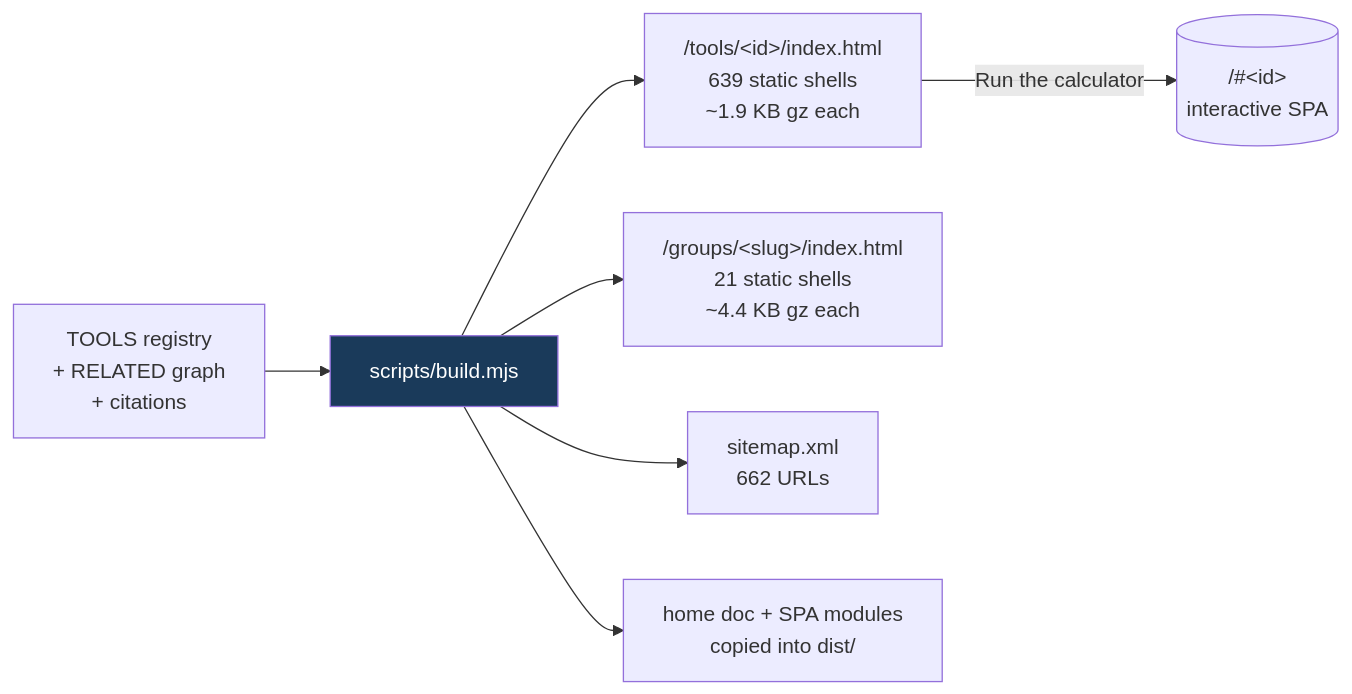
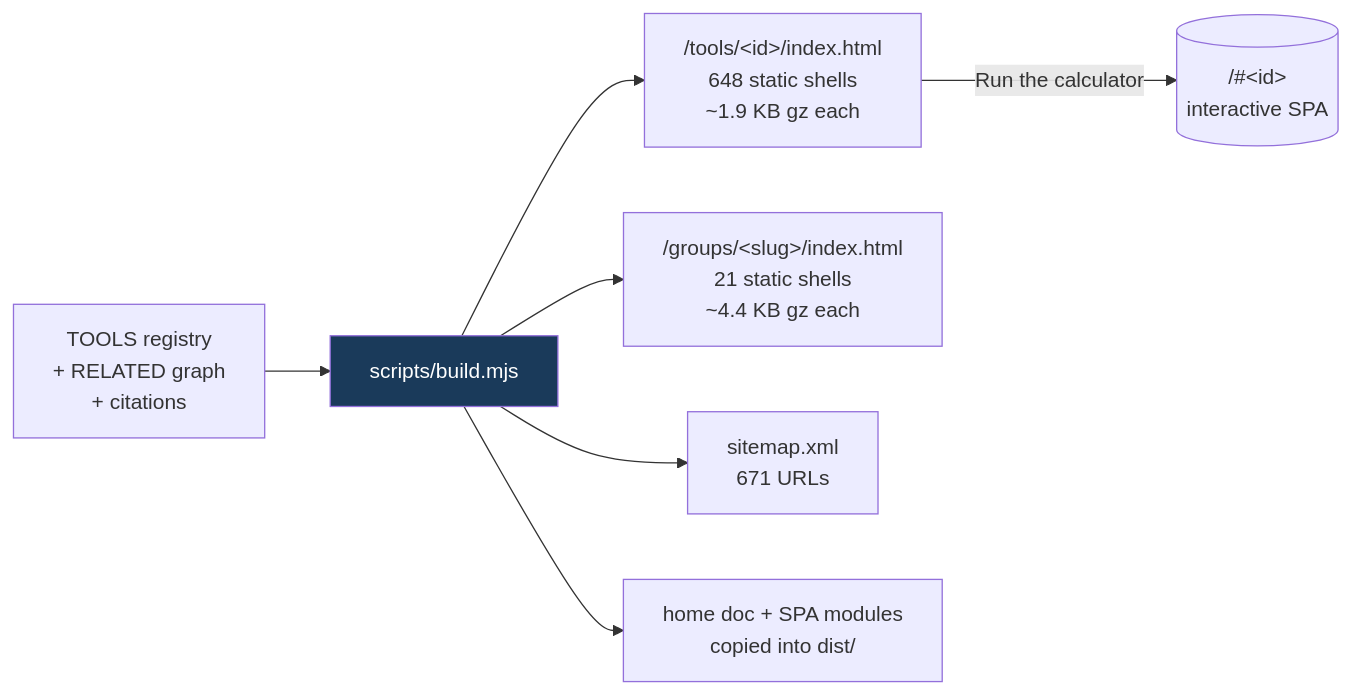
One commit to clay-good/roughlogic.com changed the fifth of 8 diagrams in README.md. Above: the diagram before and after it, drawn with Mermaid. The commit also changed other lines of this file and 29 other files, not shown here.

````diff
--- a/README.md
+++ b/README.md
@@ -450,10 +450,10 @@
 ```mermaid
 flowchart LR
     SRC[TOOLS registry\n+ RELATED graph\n+ citations] --> BUILD[scripts/build.mjs]
-    BUILD --> TILE["/tools/&lt;id&gt;/index.html\n639 static shells\n~1.9 KB gz each"]
+    BUILD --> TILE["/tools/&lt;id&gt;/index.html\n648 static shells\n~1.9 KB gz each"]
     BUILD --> GROUP["/groups/&lt;slug&gt;/index.html\n21 static shells\n~4.4 KB gz each"]
-    BUILD --> MAP["sitemap.xml\n662 URLs"]
+    BUILD --> MAP["sitemap.xml\n671 URLs"]
     BUILD --> COPY[home doc + SPA modules\ncopied into dist/]
     TILE -->|Run the calculator| SPA[("/#&lt;id&gt;\ninteractive SPA")]
     style BUILD fill:#1a3a5a,color:#fff
 ```
````
